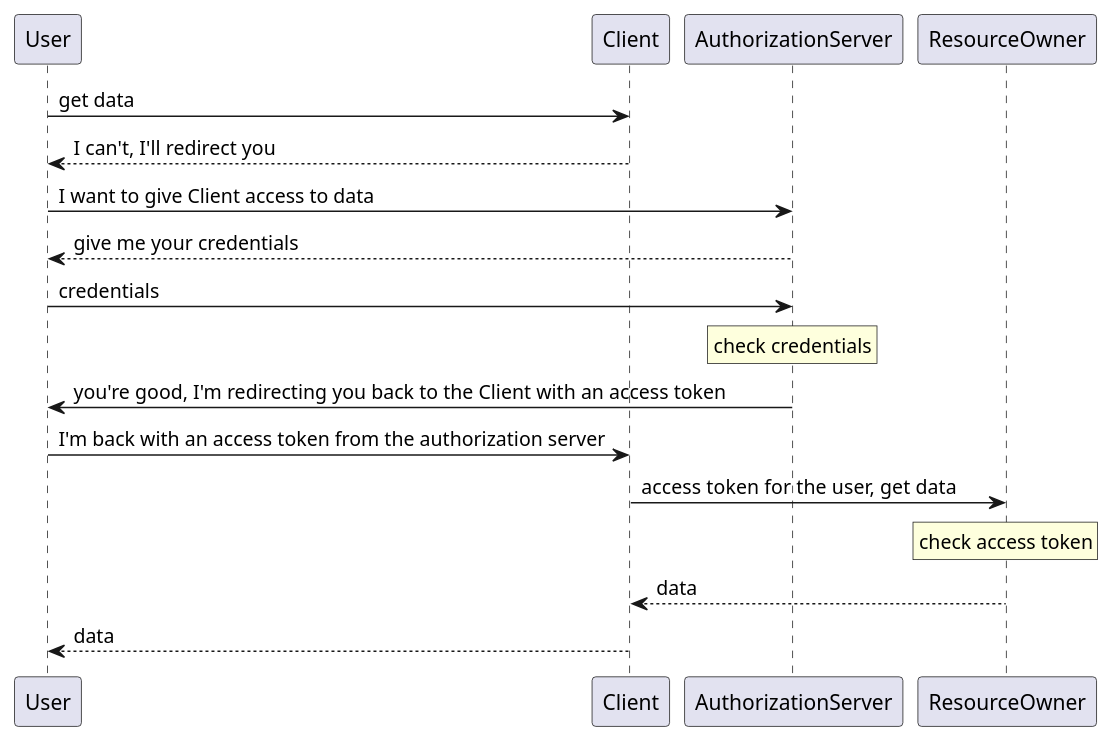
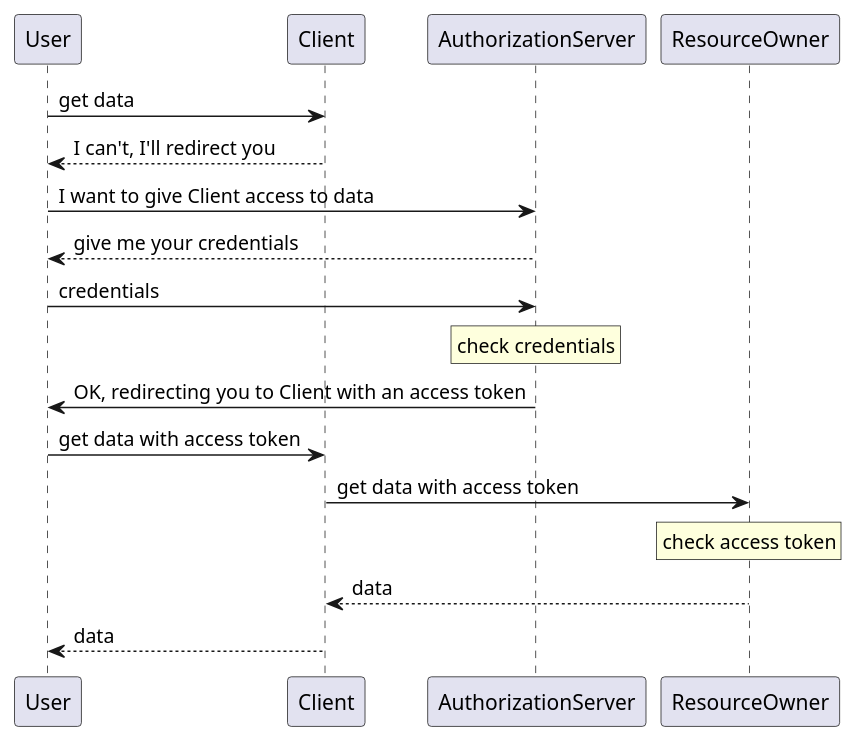
Before and after one commit to sheymans/elementsOf: the diagram in oauth2/images/access_token_only_abstract.puml, drawn with PlantUML. The commit also changed 8 other files, not shown here.

```diff
--- a/oauth2/images/access_token_only_abstract.puml
+++ b/oauth2/images/access_token_only_abstract.puml
@@ -1,18 +1,18 @@
 @startuml
 User -> Client:  get data
 Client --> User: I can't, I'll redirect you
 User -> AuthorizationServer: I want to give Client access to data
 AuthorizationServer --> User: give me your credentials
 User -> AuthorizationServer: credentials
 rnote over AuthorizationServer
   check credentials
 endrnote
-AuthorizationServer -> User: you're good, I'm redirecting you back to the Client with an access token
-User -> Client: I'm back with an access token from the authorization server
-Client -> ResourceOwner: access token for the user, get data
+AuthorizationServer -> User: OK, redirecting you to Client with an access token
+User -> Client: get data with access token
+Client -> ResourceOwner: get data with access token
 rnote over ResourceOwner
   check access token
 endrnote
 ResourceOwner --> Client: data
 Client --> User: data
 @enduml
```
